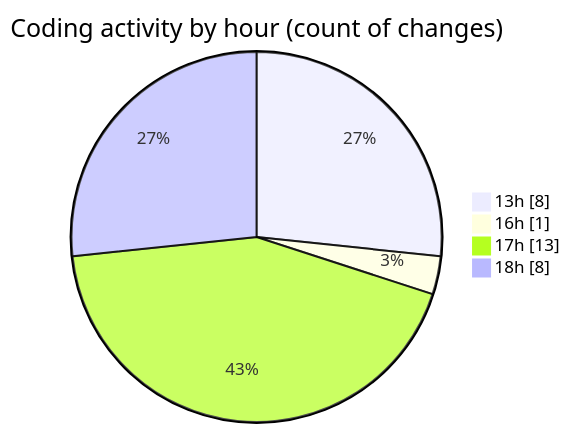
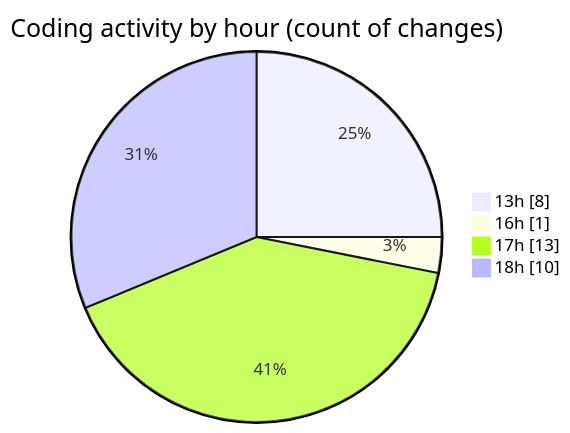
The second of 2 diagrams in 2025-08-24/chatgpt-extension/README.md (EIIisD/code-tracking), drawn with Mermaid before and after one commit. The commit also changed other lines of this file and 1 other file, not shown here.

````diff
--- a/2025-08-24/chatgpt-extension/README.md
+++ b/2025-08-24/chatgpt-extension/README.md
@@ -34,8 +34,8 @@
 ```mermaid
 pie showData
 title Coding activity by hour (count of changes)
 "13h" : 8
 "16h" : 1
 "17h" : 13
-"18h" : 8
+"18h" : 10
 ```
````
